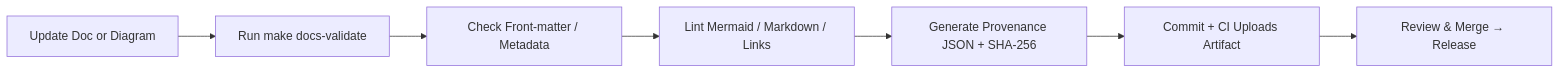
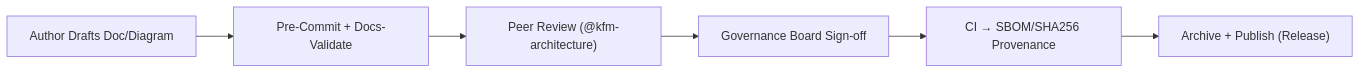
The second of 3 diagrams in docs/architecture/README.md (bartytime4life/Kansas-Frontier-Matrix), drawn with Mermaid before and after one commit. The commit also changed other lines of this file, not shown here.

````diff
--- a/docs/architecture/README.md
+++ b/docs/architecture/README.md
@@ -137,9 +193,8 @@
 ```mermaid
 flowchart LR
-  A["Update Doc or Diagram"] --> B["Run make docs-validate"]
-  B --> C["Check Front-matter / Metadata"]
-  C --> D["Lint Mermaid / Markdown / Links"]
-  D --> E["Generate Provenance JSON + SHA-256"]
-  E --> F["Commit + CI Uploads Artifact"]
-  F --> G["Review & Merge → Release"]
+  A["Author Drafts Doc/Diagram"] --> B["Pre-Commit + Docs-Validate"]
+  B --> C["Peer Review (@kfm-architecture)"]
+  C --> D["Governance Board Sign-off"]
+  D --> E["CI → SBOM/SHA256 Provenance"]
+  E --> F["Archive + Publish (Release)"]
 ```
````
